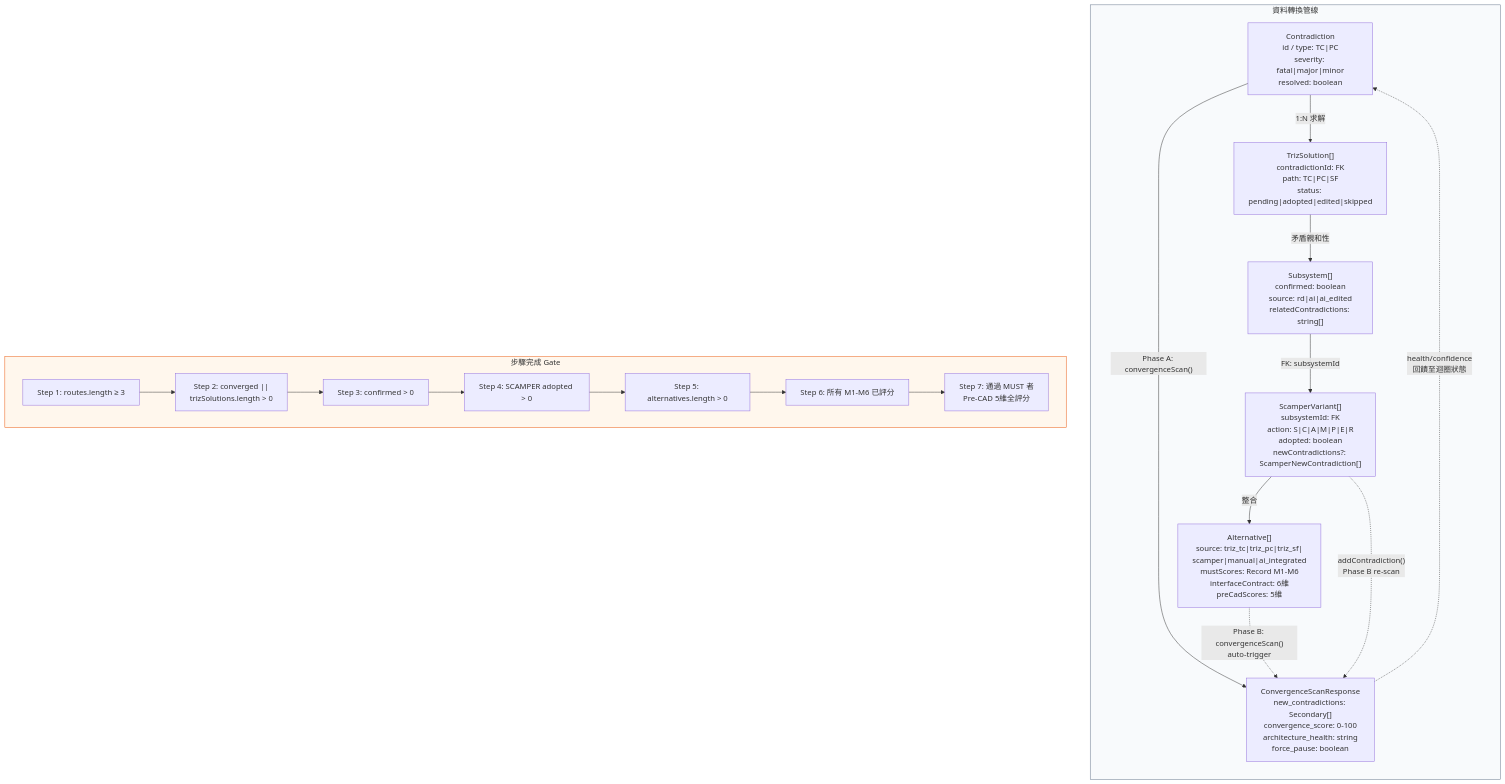
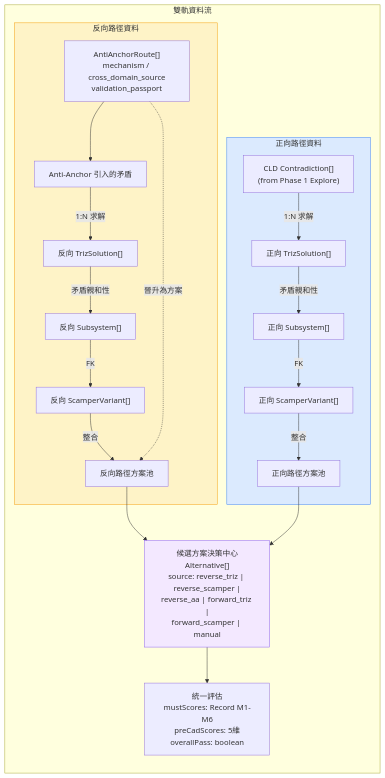
The fourth of 5 diagrams in docs/diagrams/triz-to-scamper-flow.md (JIA-HONG-CHU/design-copilot-blueprint), drawn with Mermaid before and after one commit. The commit also changed other lines of this file and 1 other file, not shown here.

First line of the commit message:
docs: v6 dual-track independent analysis + decision hub architecture

````diff
--- a/docs/diagrams/triz-to-scamper-flow.md
+++ b/docs/diagrams/triz-to-scamper-flow.md
@@ -245,42 +193,41 @@
 ```mermaid
 flowchart TB
-    subgraph DATA_FLOW["資料轉換管線"]
+    subgraph DUAL_TRACK["雙軌資料流"]
         direction TB
 
-        EC["Contradiction<br/>id / type: TC|PC<br/>severity: fatal|major|minor<br/>resolved: boolean"]
+        subgraph REV_DATA["反向路徑資料"]
+            AA["AntiAnchorRoute[]<br/>mechanism / cross_domain_source<br/>validation_passport"]
+            R_EC["Anti-Anchor 引入的矛盾"]
+            R_TS["反向 TrizSolution[]"]
+            R_SS["反向 Subsystem[]"]
+            R_SV["反向 ScamperVariant[]"]
+            R_ALT["反向路徑方案池"]
+            AA --> R_EC -->|"1:N 求解"| R_TS
+            R_TS -->|"矛盾親和性"| R_SS
+            R_SS -->|"FK"| R_SV -->|"整合"| R_ALT
+            AA -.->|"晉升為方案"| R_ALT
+        end
 
-        TS["TrizSolution[]<br/>contradictionId: FK<br/>path: TC|PC|SF<br/>status: pending|adopted|edited|skipped"]
+        subgraph FWD_DATA["正向路徑資料"]
+            F_EC["CLD Contradiction[]<br/>(from Phase 1 Explore)"]
+            F_TS["正向 TrizSolution[]"]
+            F_SS["正向 Subsystem[]"]
+            F_SV["正向 ScamperVariant[]"]
+            F_ALT["正向路徑方案池"]
+            F_EC -->|"1:N 求解"| F_TS
+            F_TS -->|"矛盾親和性"| F_SS
+            F_SS -->|"FK"| F_SV -->|"整合"| F_ALT
+        end
 
-        SCAN_RES["ConvergenceScanResponse<br/>new_contradictions: Secondary[]<br/>convergence_score: 0-100<br/>architecture_health: string<br/>force_pause: boolean"]
+        HUB_DATA["候選方案決策中心<br/>Alternative[]<br/>source: reverse_triz | reverse_scamper |<br/>reverse_aa | forward_triz |<br/>forward_scamper | manual"]
+        R_ALT --> HUB_DATA
+        F_ALT --> HUB_DATA
 
-        SS["Subsystem[]<br/>confirmed: boolean<br/>source: rd|ai|ai_edited<br/>relatedContradictions: string[]"]
-
-        SV["ScamperVariant[]<br/>subsystemId: FK<br/>action: S|C|A|M|P|E|R<br/>adopted: boolean<br/>newContradictions?: ScamperNewContradiction[]"]
-
-        ALT["Alternative[]<br/>source: triz_tc|triz_pc|triz_sf|<br/>scamper|manual|ai_integrated<br/>mustScores: Record M1-M6<br/>interfaceContract: 6維<br/>preCadScores: 5維"]
-
-        EC -->|"1:N 求解"| TS
-        EC -->|"Phase A: convergenceScan()"| SCAN_RES
-        TS -->|"矛盾親和性"| SS
-        SS -->|"FK: subsystemId"| SV
-        SV -->|"整合"| ALT
-        ALT -.->|"Phase B: convergenceScan()<br/>auto-trigger"| SCAN_RES
-        SCAN_RES -.->|"health/confidence<br/>回饋至迴圈狀態"| EC
-        SV -.->|"addContradiction()<br/>Phase B re-scan"| SCAN_RES
+        EVAL["統一評估<br/>mustScores: Record M1-M6<br/>preCadScores: 5維<br/>overallPass: boolean"]
+        HUB_DATA --> EVAL
     end
 
-    subgraph GATES["步驟完成 Gate"]
-        direction LR
-        G1["Step 1: routes.length ≥ 3"]
-        G2["Step 2: converged ||<br/>trizSolutions.length > 0"]
-        G3["Step 3: confirmed > 0"]
-        G4["Step 4: SCAMPER adopted > 0"]
-        G5["Step 5: alternatives.length > 0"]
-        G6["Step 6: 所有 M1-M6 已評分"]
-        G7["Step 7: 通過 MUST 者<br/>Pre-CAD 5維全評分"]
-        G1 --> G2 --> G3 --> G4 --> G5 --> G6 --> G7
-    end
-
-    style DATA_FLOW fill:#F8FAFC,stroke:#64748B
-    style GATES fill:#FFF7ED,stroke:#EA580C
+    style REV_DATA fill:#FEF3C7,stroke:#F59E0B
+    style FWD_DATA fill:#DBEAFE,stroke:#3B82F6
+    style HUB_DATA fill:#F3E8FF,stroke:#8B5CF6
 ```
````
